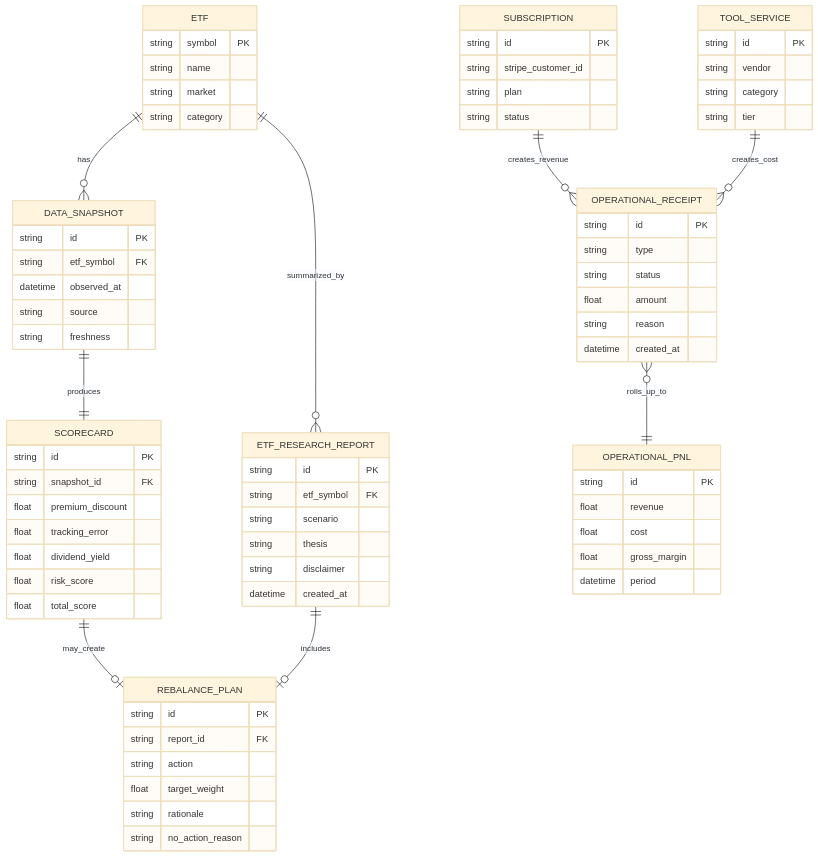
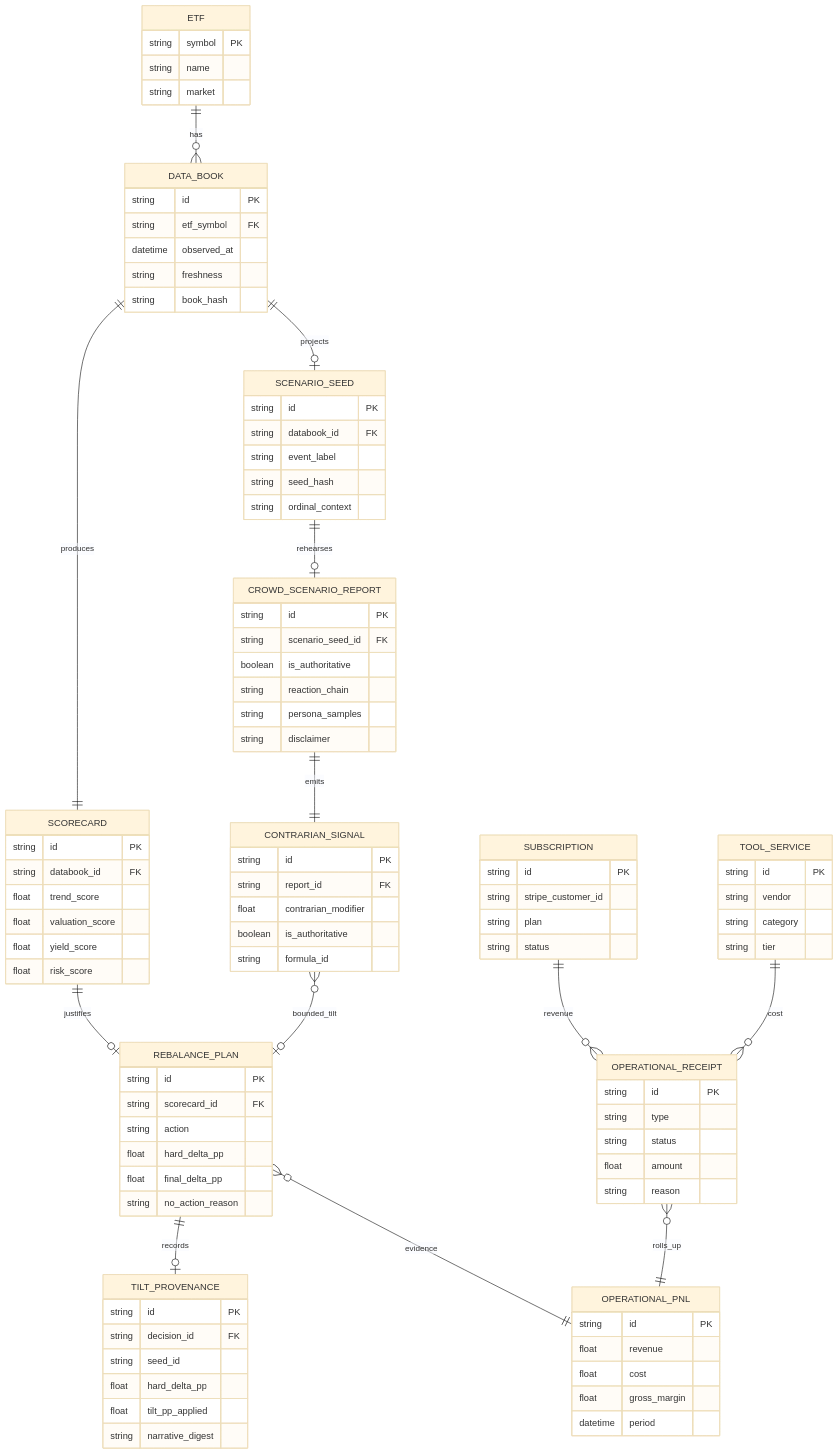
The sixth of 10 diagrams in doc/StackFund_架構分析_Mermaid.md (Silavater/stack_fund_agent), drawn with Mermaid (base theme) before and after one commit. The commit also changed other lines of this file, not shown here.

````diff
--- a/doc/StackFund_架構分析_Mermaid.md
+++ b/doc/StackFund_架構分析_Mermaid.md
@@ -198,55 +286,82 @@
 ```mermaid
 erDiagram
-    ETF ||--o{ DATA_SNAPSHOT : has
-    ETF ||--o{ ETF_RESEARCH_REPORT : summarized_by
-    DATA_SNAPSHOT ||--|| SCORECARD : produces
-    SCORECARD ||--o| REBALANCE_PLAN : may_create
-    ETF_RESEARCH_REPORT ||--o| REBALANCE_PLAN : includes
-    SUBSCRIPTION ||--o{ OPERATIONAL_RECEIPT : creates_revenue
-    TOOL_SERVICE ||--o{ OPERATIONAL_RECEIPT : creates_cost
-    OPERATIONAL_RECEIPT }o--|| OPERATIONAL_PNL : rolls_up_to
+    ETF ||--o{ DATA_BOOK : has
+    DATA_BOOK ||--|| SCORECARD : produces
+    DATA_BOOK ||--o| SCENARIO_SEED : projects
+    SCENARIO_SEED ||--o| CROWD_SCENARIO_REPORT : rehearses
+    CROWD_SCENARIO_REPORT ||--|| CONTRARIAN_SIGNAL : emits
+    SCORECARD ||--o| REBALANCE_PLAN : justifies
+    CONTRARIAN_SIGNAL }o--o| REBALANCE_PLAN : bounded_tilt
+    REBALANCE_PLAN ||--o| TILT_PROVENANCE : records
+    SUBSCRIPTION ||--o{ OPERATIONAL_RECEIPT : revenue
+    TOOL_SERVICE ||--o{ OPERATIONAL_RECEIPT : cost
+    OPERATIONAL_RECEIPT }o--|| OPERATIONAL_PNL : rolls_up
+    REBALANCE_PLAN }o--|| OPERATIONAL_PNL : evidence
 
     ETF {
         string symbol PK
         string name
         string market
-        string category
     }
 
-    DATA_SNAPSHOT {
+    DATA_BOOK {
         string id PK
         string etf_symbol FK
         datetime observed_at
-        string source
         string freshness
+        string book_hash
     }
 
     SCORECARD {
         string id PK
-        string snapshot_id FK
-        float premium_discount
-        float tracking_error
-        float dividend_yield
+        string databook_id FK
+        float trend_score
+        float valuation_score
+        float yield_score
         float risk_score
-        float total_score
     }
 
-    ETF_RESEARCH_REPORT {
+    SCENARIO_SEED {
         string id PK
-        string etf_symbol FK
-        string scenario
-        string thesis
+        string databook_id FK
+        string event_label
+        string seed_hash
+        string ordinal_context
+    }
+
+    CROWD_SCENARIO_REPORT {
+        string id PK
+        string scenario_seed_id FK
+        boolean is_authoritative
+        string reaction_chain
+        string persona_samples
         string disclaimer
-        datetime created_at
+    }
+
+    CONTRARIAN_SIGNAL {
+        string id PK
+        string report_id FK
+        float contrarian_modifier
+        boolean is_authoritative
+        string formula_id
     }
 
     REBALANCE_PLAN {
         string id PK
-        string report_id FK
+        string scorecard_id FK
         string action
-        float target_weight
-        string rationale
+        float hard_delta_pp
+        float final_delta_pp
         string no_action_reason
+    }
+
+    TILT_PROVENANCE {
+        string id PK
+        string decision_id FK
+        string seed_id
+        float hard_delta_pp
+        float tilt_pp_applied
+        string narrative_digest
     }
 
     SUBSCRIPTION {
@@ -269,7 +384,6 @@
         string status
         float amount
         string reason
-        datetime created_at
     }
 
     OPERATIONAL_PNL {
````
